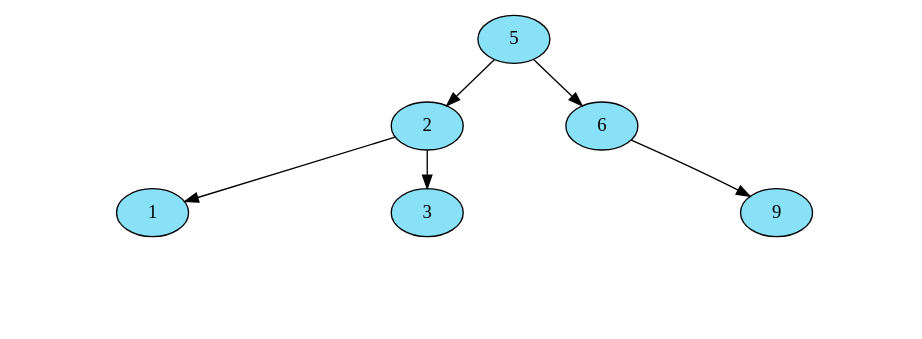
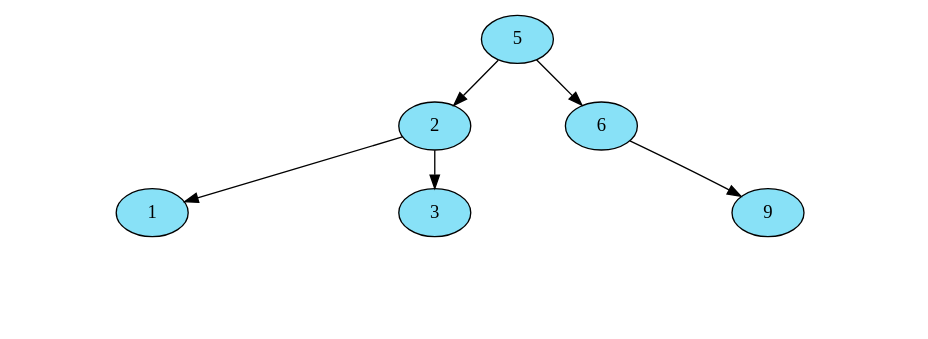
Before and after one commit to Serch-ING/EDD_UDRAWING_202000119: the diagram in FASE 2/Grafico/3000_ArbolImagenes.dot, drawn with Graphviz. The commit also changed 19 other files, not shown here.

```diff
--- a/FASE 2/Grafico/3000_ArbolImagenes.dot
+++ b/FASE 2/Grafico/3000_ArbolImagenes.dot
@@ -1,24 +1,34 @@
 digraph G {
 nodesep=0; 
 ranksep=0.4;
 node[style = filled fillcolor="#88E1F7"];
-5-> 2
-2-> 1
-Invisible589132998[style=invis];
-1-> Invisible589132998[arrowsize=0 style= invisible] 
-Invisible589132998[style=invis];
-1-> Invisible589132998[arrowsize=0 style= invisible] 
-2-> 3
-Invisible801395849[style=invis];
-3-> Invisible801395849[arrowsize=0 style= invisible] 
-Invisible801395849[style=invis];
-3-> Invisible801395849[arrowsize=0 style= invisible] 
-5-> 6
-Invisible128196335[style=invis];
-6-> Invisible128196335[arrowsize=0 style= invisible] 
-6-> 9
-Invisible83198190[style=invis];
-9-> Invisible83198190[arrowsize=0 style= invisible] 
-Invisible83198190[style=invis];
-9-> Invisible83198190[arrowsize=0 style= invisible] 
+	NodoAVL5[ label="5"  ];
+	NodoAVL2[ label="2"];
+NodoAVL5->NodoAVL2
+	NodoAVL2[ label="2"  ];
+	NodoAVL1[ label="1"];
+NodoAVL2->NodoAVL1
+Invisible772901831[style=invis];
+NodoAVL1-> Invisible772901831[arrowsize=0 style= invisible] 
+Invisible772901831[style=invis];
+NodoAVL1-> Invisible772901831[arrowsize=0 style= invisible] 
+	NodoAVL2[ label="2"];
+	NodoAVL3[ label="3" ];
+NodoAVL2->NodoAVL3
+Invisible1692523048[style=invis];
+NodoAVL3-> Invisible1692523048[arrowsize=0 style= invisible] 
+Invisible1692523048[style=invis];
+NodoAVL3-> Invisible1692523048[arrowsize=0 style= invisible] 
+	NodoAVL5[ label="5"];
+	NodoAVL6[ label="6" ];
+NodoAVL5->NodoAVL6
+Invisible11919436[style=invis];
+NodoAVL6-> Invisible11919436[arrowsize=0 style= invisible] 
+	NodoAVL6[ label="6"];
+	NodoAVL9[ label="9" ];
+NodoAVL6->NodoAVL9
+Invisible1320761834[style=invis];
+NodoAVL9-> Invisible1320761834[arrowsize=0 style= invisible] 
+Invisible1320761834[style=invis];
+NodoAVL9-> Invisible1320761834[arrowsize=0 style= invisible] 
 }
```
